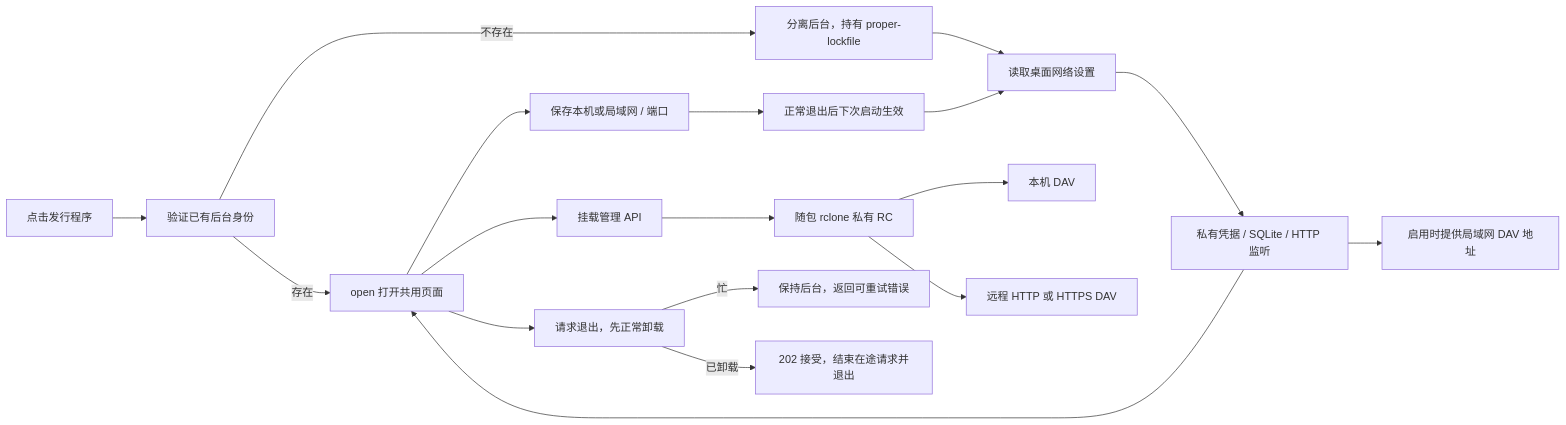
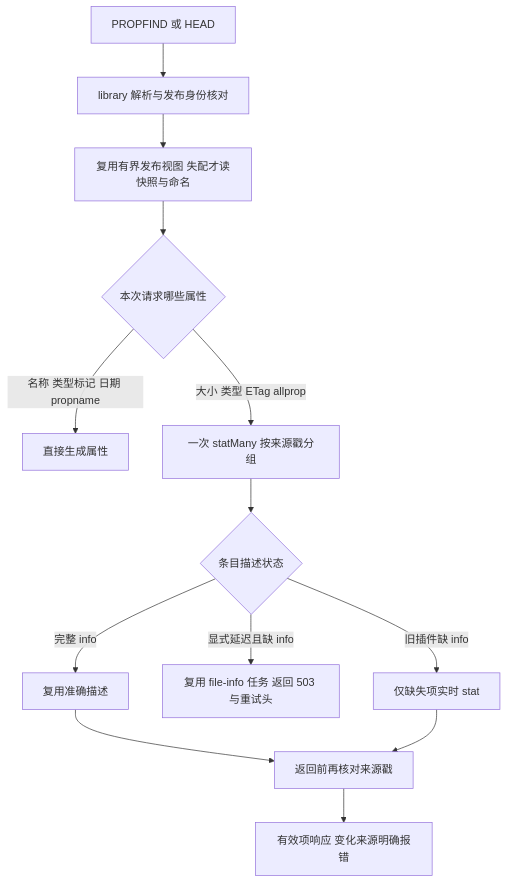
One commit to shengyusi-SYS/musicfs changed the fifth of 13 diagrams in docs/architecture/diagrams.md. Above: the diagram before and after it, drawn with Mermaid. The commit also changed other lines of this file and 23 other files, not shown here.

Commit message:
docs: consolidate MusicFS architecture and reusable lessons

````diff
--- a/docs/architecture/diagrams.md
+++ b/docs/architecture/diagrams.md
@@ -133,20 +115,15 @@
 ```mermaid
-flowchart LR
-  Click[点击发行程序] --> Identity[验证已有后台身份]
-  Identity -->|存在| Browser[open 打开共用页面]
-  Identity -->|不存在| Spawn[分离后台，持有 proper-lockfile]
-  Spawn --> Settings[读取桌面网络设置]
-  Settings --> Local[私有凭据 / SQLite / HTTP 监听]
-  Local --> Browser
-  Browser --> Network[保存本机或局域网 / 端口]
-  Network --> NextStart[正常退出后下次启动生效]
-  NextStart --> Settings
-  Local --> LAN[启用时提供局域网 DAV 地址]
-  Browser --> Mounts[挂载管理 API]
-  Mounts --> RC[随包 rclone 私有 RC]
-  RC --> LocalDAV[本机 DAV]
-  RC --> RemoteDAV[远程 HTTP 或 HTTPS DAV]
-  Browser --> Quit[请求退出，先正常卸载]
-  Quit -->|忙| Keep[保持后台，返回可重试错误]
-  Quit -->|已卸载| Drain[202 接受，结束在途请求并退出]
+flowchart TD
+  Request[PROPFIND 或 HEAD] --> Resolve[library 解析与发布身份核对]
+  Resolve --> View[复用有界发布视图 失配才读快照与命名]
+  View --> Props{本次请求哪些属性}
+  Props -->|名称 类型标记 日期 propname| Light[直接生成属性]
+  Props -->|大小 类型 ETag allprop| Many[一次 statMany 按来源戳分组]
+  Many --> Info{条目描述状态}
+  Info -->|完整 info| Ready[复用准确描述]
+  Info -->|显式延迟且缺 info| Prepare[复用 file-info 任务 返回 503 与重试头]
+  Info -->|旧插件缺 info| Legacy[仅缺失项实时 stat]
+  Ready --> Check[返回前再核对来源戳]
+  Legacy --> Check
+  Check --> Response[有效项响应 变化来源明确报错]
 ```
````
